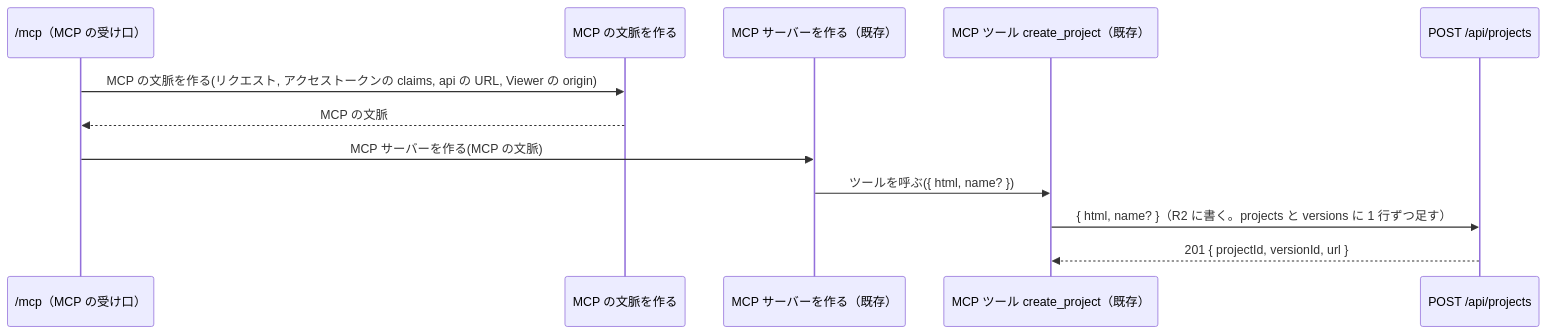
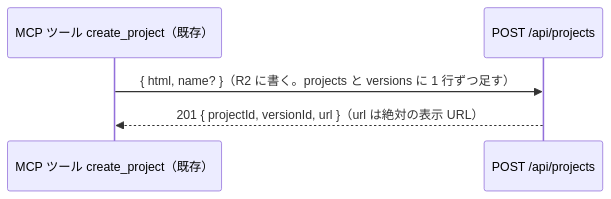
Before and after one commit to taiki-kuraishi/karibari: the seventh of 11 diagrams in docs/superpowers/specs/2026-10-06-owner-viewer-design/README.md, drawn with Mermaid. The commit also changed other lines of this file and 17 other files, not shown here.

Commit message:
📝 docs: re-split the owner-viewer design into one-API phases

````diff
--- a/docs/superpowers/specs/2026-10-06-owner-viewer-design/README.md
+++ b/docs/superpowers/specs/2026-10-06-owner-viewer-design/README.md
@@ -154,14 +201,7 @@
 ```mermaid
 sequenceDiagram
-  participant Route as /mcp（MCP の受け口）
-  participant Ctx as MCP の文脈を作る
-  participant Srv as MCP サーバーを作る（既存）
   participant Tool as MCP ツール create_project（既存）
   participant Api as POST /api/projects
-  Route->>Ctx: MCP の文脈を作る(リクエスト, アクセストークンの claims, api の URL, Viewer の origin)
-  Ctx-->>Route: MCP の文脈
-  Route->>Srv: MCP サーバーを作る(MCP の文脈)
-  Srv->>Tool: ツールを呼ぶ({ html, name? })
   Tool->>Api: { html, name? }（R2 に書く。projects と versions に 1 行ずつ足す）
-  Api-->>Tool: 201 { projectId, versionId, url }
+  Api-->>Tool: 201 { projectId, versionId, url }（url は絶対の表示 URL）
 ```
````
